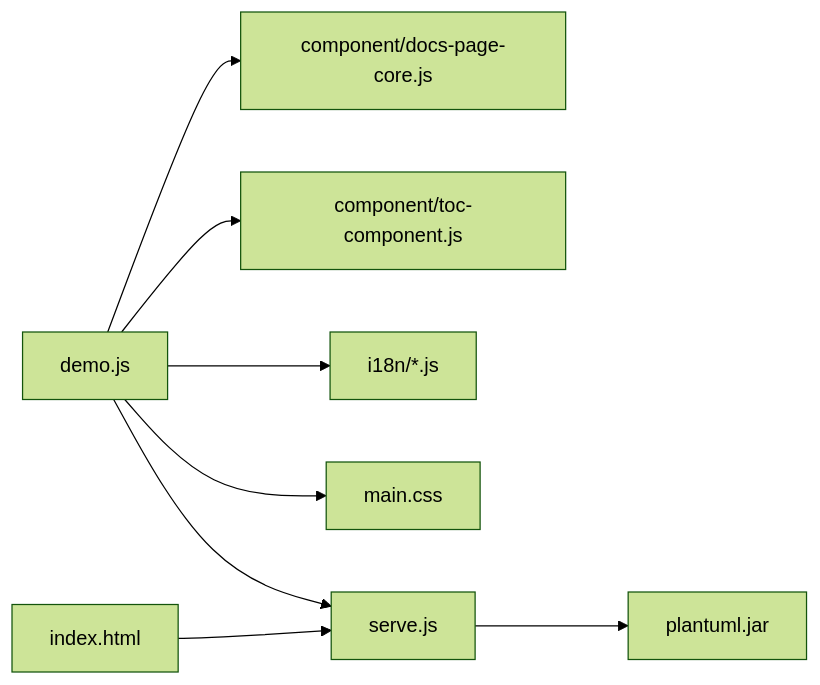
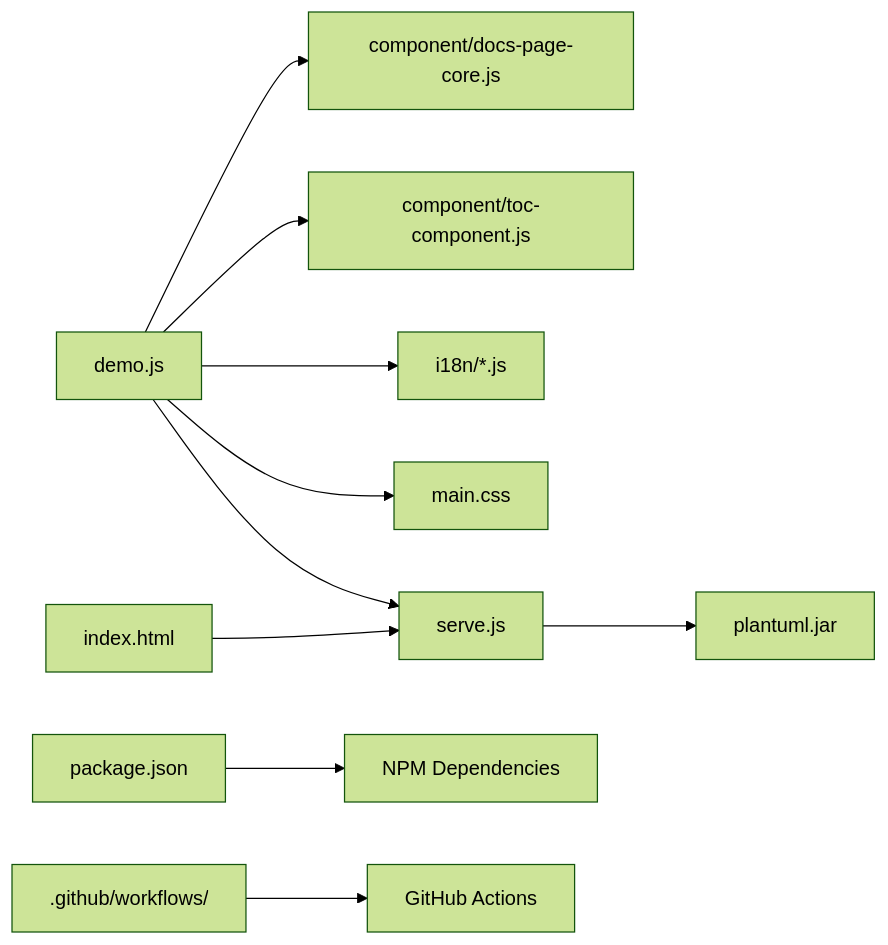
One commit to pingwurth/code-to-uml changed the fourth of 4 diagrams in .qoder/repowiki/en/content/Contributing and Development.md. Above: the diagram before and after it, drawn with Mermaid (forest theme). The commit also changed other lines of this file and 21 other files, not shown here.

Commit message:
chore(docs): 删除 Code-To-UML 介绍文档

````diff
--- a/.qoder/repowiki/en/content/Contributing and Development.md
+++ b/.qoder/repowiki/en/content/Contributing and Development.md
@@ -240,10 +300,12 @@
 ```mermaid
 graph LR
 DemoJS["demo.js"] --> Core["component/docs-page-core.js"]
 DemoJS --> TOC["component/toc-component.js"]
 DemoJS --> I18N["i18n/*.js"]
 DemoJS --> CSS["main.css"]
 DemoJS --> Server["serve.js"]
 IndexHTML["index.html"] --> Server
 Server --> Java["plantuml.jar"]
+Package["package.json"] --> Dependencies["NPM Dependencies"]
+Workflows[".github/workflows/"] --> CI["GitHub Actions"]
 ```
````
